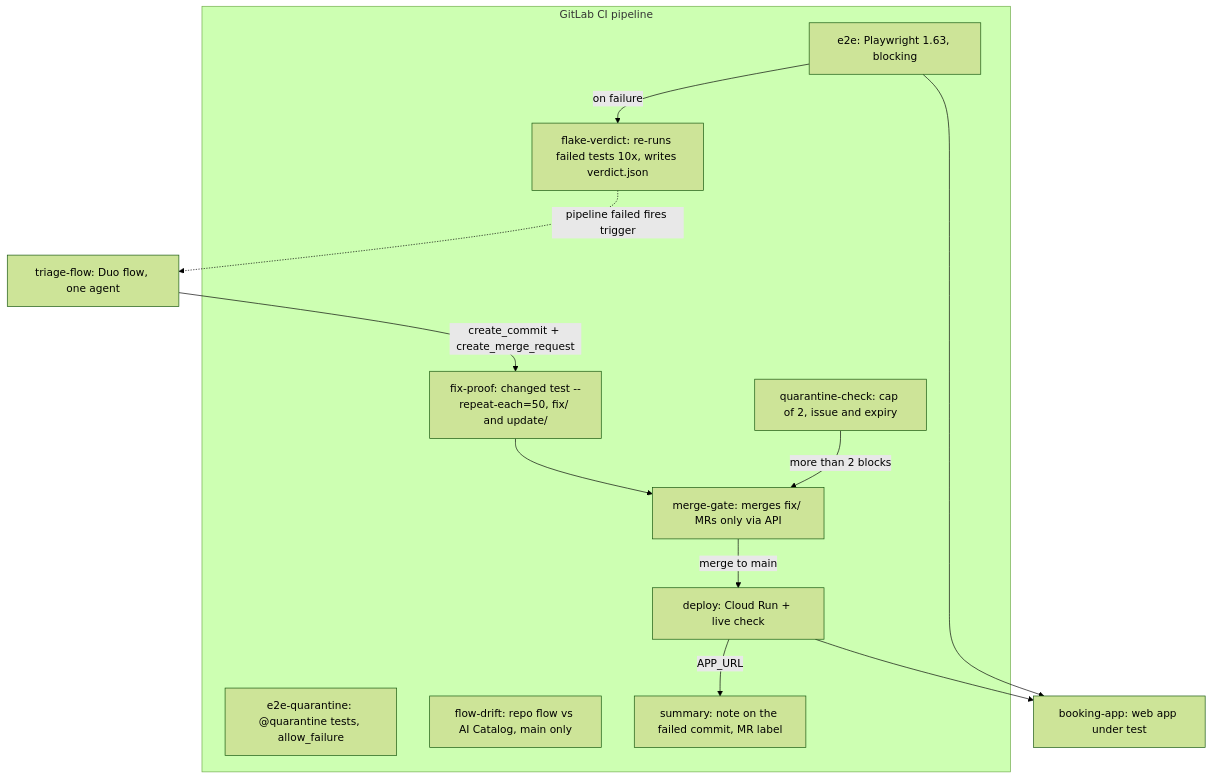
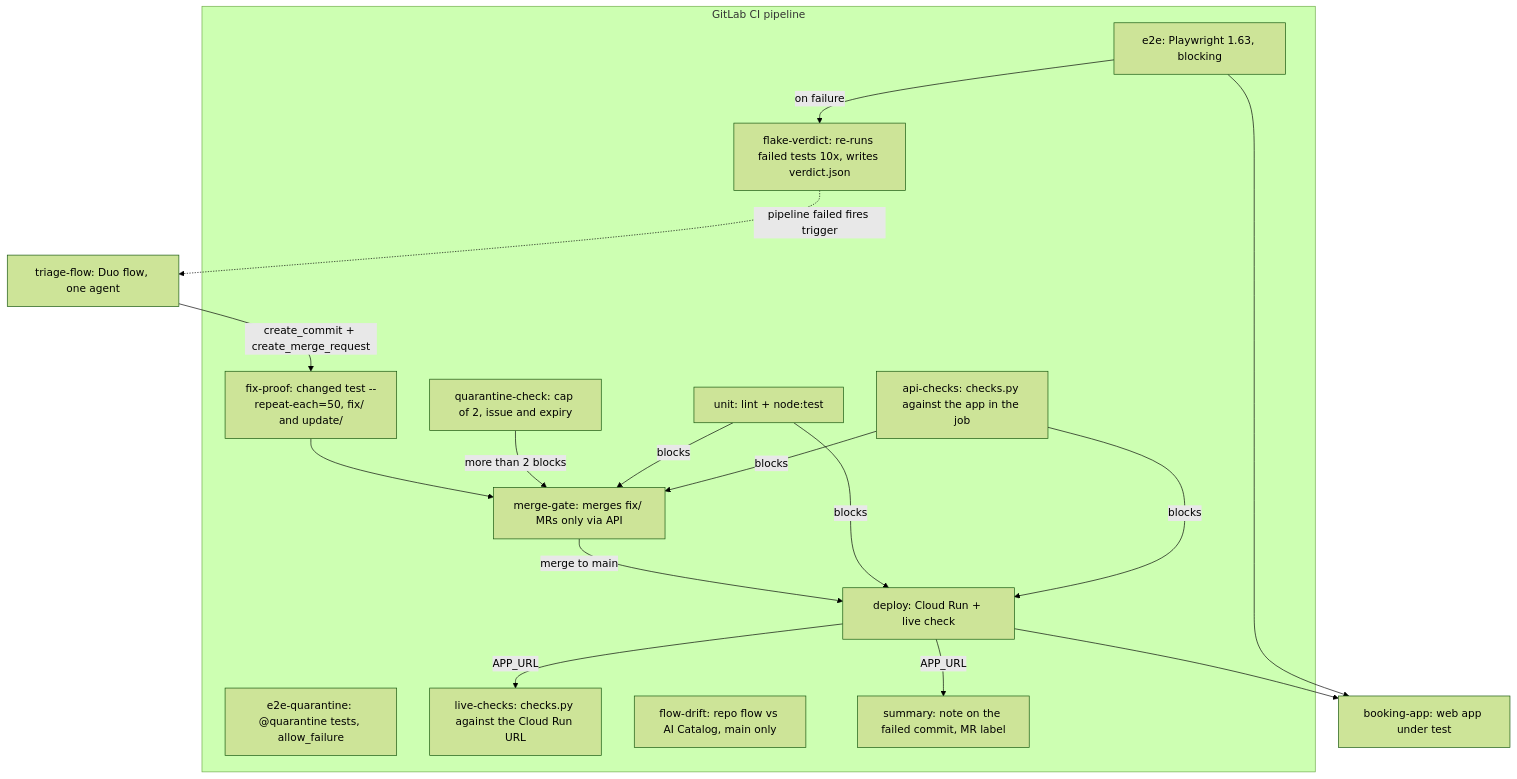
The second of 2 diagrams in docs/ARCHITECTURE.md (gmassello/plumb), drawn with Mermaid (forest theme) before and after one commit. The commit also changed 4 other files, not shown here.

Commit message:
Run lint, unit tests and API contract checks in CI, and the contract checks against the live app

````diff
--- a/docs/ARCHITECTURE.md
+++ b/docs/ARCHITECTURE.md
@@ -57,25 +57,33 @@
 ```mermaid
 graph TB
   subgraph pipeline[GitLab CI pipeline]
     e2e[e2e: Playwright 1.63, blocking]
     verdict[flake-verdict: re-runs failed tests 10x, writes verdict.json]
     proof[fix-proof: changed test --repeat-each=50, fix/ and update/]
     gate[merge-gate: merges fix/ MRs only via API]
     quar[e2e-quarantine: @quarantine tests, allow_failure]
     qcheck[quarantine-check: cap of 2, issue and expiry]
+    unit[unit: lint + node:test]
+    api[api-checks: checks.py against the app in the job]
+    live[live-checks: checks.py against the Cloud Run URL]
     drift[flow-drift: repo flow vs AI Catalog, main only]
     deploy[deploy: Cloud Run + live check]
     summary[summary: note on the failed commit, MR label]
   end
   flow[triage-flow: Duo flow, one agent]
   app[booking-app: web app under test]
   e2e -->|on failure| verdict
   verdict -.->|pipeline failed fires trigger| flow
   flow -->|create_commit + create_merge_request| proof
   proof --> gate
   qcheck -->|more than 2 blocks| gate
   gate -->|merge to main| deploy
   deploy --> app
   deploy -->|APP_URL| summary
+  deploy -->|APP_URL| live
+  unit -->|blocks| gate
+  api -->|blocks| gate
+  unit -->|blocks| deploy
+  api -->|blocks| deploy
   e2e --> app
 ```
````
